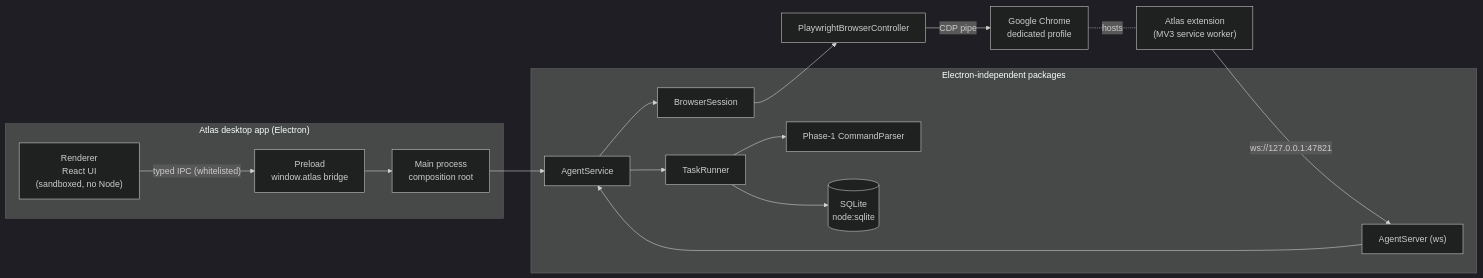
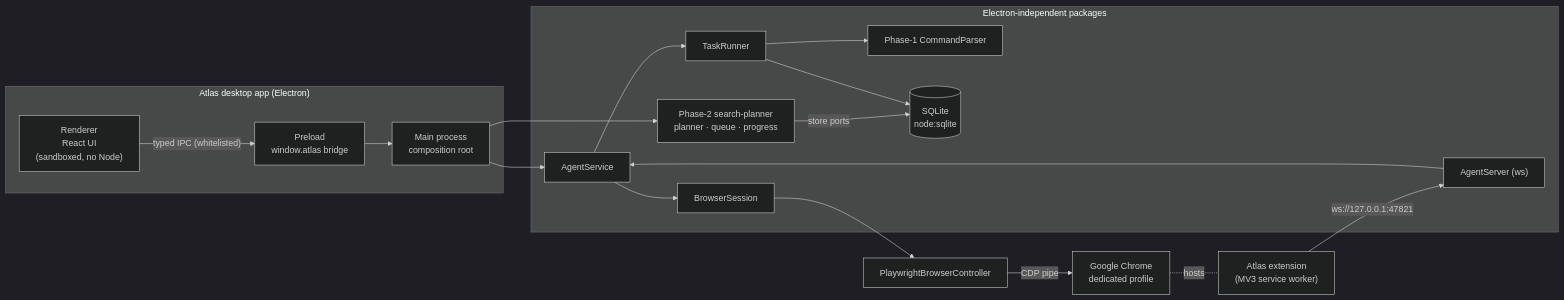
The first of 7 diagrams in docs/architecture.md (Anshoolnaik/Automation), drawn with Mermaid (dark theme) before and after one commit. The commit also changed other lines of this file and 4 other files, not shown here.

First line of the commit message:
docs: document phase two search planning

````diff
--- a/docs/architecture.md
+++ b/docs/architecture.md
@@ -8,28 +10,31 @@
 ```mermaid
 flowchart LR
   subgraph Electron["Atlas desktop app (Electron)"]
     R["Renderer<br/>React UI<br/>(sandboxed, no Node)"]
     P["Preload<br/>window.atlas bridge"]
     M["Main process<br/>composition root"]
     R -- "typed IPC (whitelisted)" --> P --> M
   end
 
   subgraph Core["Electron-independent packages"]
     AS["AgentService"]
     TR["TaskRunner"]
     BS["BrowserSession"]
     CP["Phase-1 CommandParser"]
     SRV["AgentServer (ws)"]
+    SP["Phase-2 search-planner<br/>planner · queue · progress"]
     DB[("SQLite<br/>node:sqlite")]
   end
 
+  M --> SP
+  SP -- "store ports" --> DB
   M --> AS
   AS --> TR & BS
   TR --> CP
   TR --> DB
   BS --> BC["PlaywrightBrowserController"]
   BC -- "CDP pipe" --> CH["Google Chrome<br/>dedicated profile"]
   EXT["Atlas extension<br/>(MV3 service worker)"] -- "ws://127.0.0.1:47821" --> SRV
   CH -. hosts .- EXT
   SRV --> AS
 ```
````
